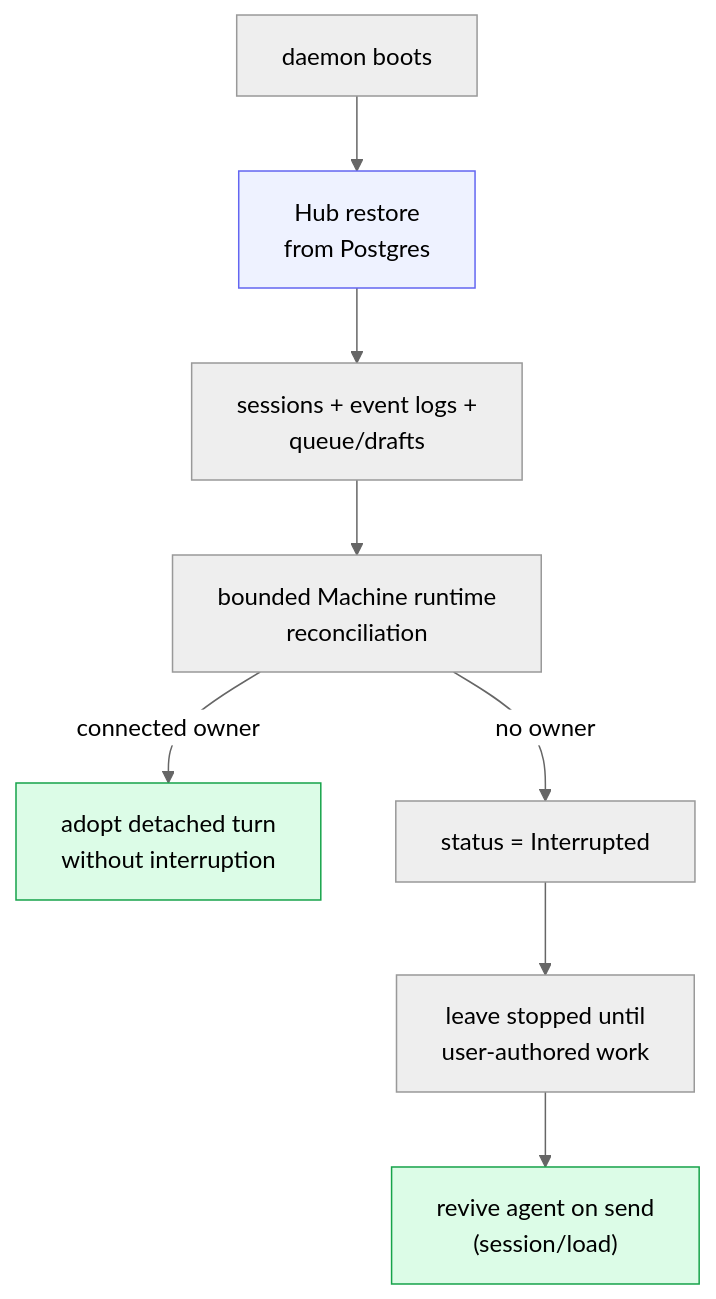
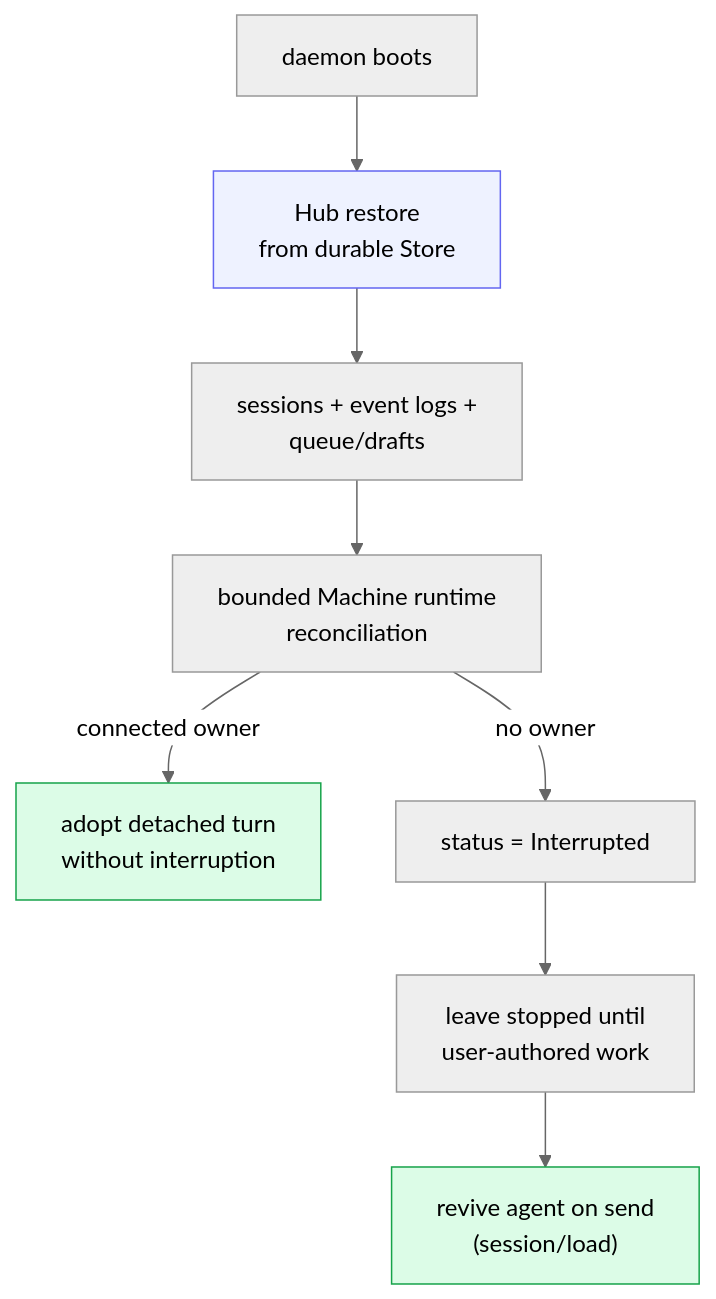
One commit to dravengarden/cowboy changed the second of 2 diagrams in docs/architecture/03-supervisor.md. Above: the diagram before and after it, drawn with Mermaid (neutral theme). The commit also changed other lines of this file and 18 other files, not shown here.

Commit message:
docs: align architecture with the remote agent IDE

````diff
--- a/docs/architecture/03-supervisor.md
+++ b/docs/architecture/03-supervisor.md
@@ -68,14 +69,14 @@
 ```mermaid
 flowchart TB
-    BOOT["daemon boots"] --> RESTORE["Hub restore<br/>from Postgres"]
+    BOOT["daemon boots"] --> RESTORE["Hub restore<br/>from durable Store"]
     RESTORE --> META["sessions + event logs +<br/>queue/drafts"]
     META --> WAIT["bounded Machine runtime<br/>reconciliation"]
     WAIT -->|"connected owner"| ADOPT["adopt detached turn<br/>without interruption"]
     WAIT -->|"no owner"| INT["status = Interrupted"]
     INT --> IDLE["leave stopped until<br/>user-authored work"]
     IDLE --> REV["revive agent on send<br/>(session/load)"]
 
     style RESTORE fill:#eef2ff,stroke:#6366f1
     style ADOPT fill:#dcfce7,stroke:#16a34a
     style REV fill:#dcfce7,stroke:#16a34a
 ```
````
